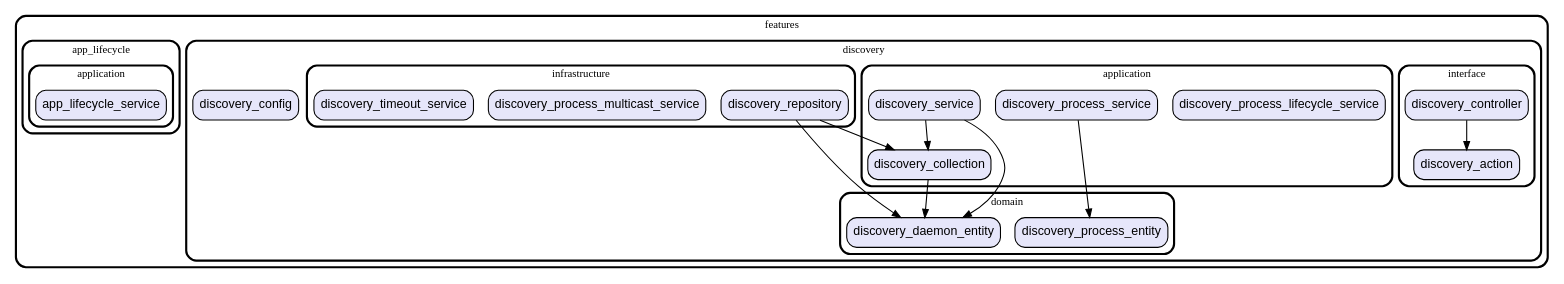
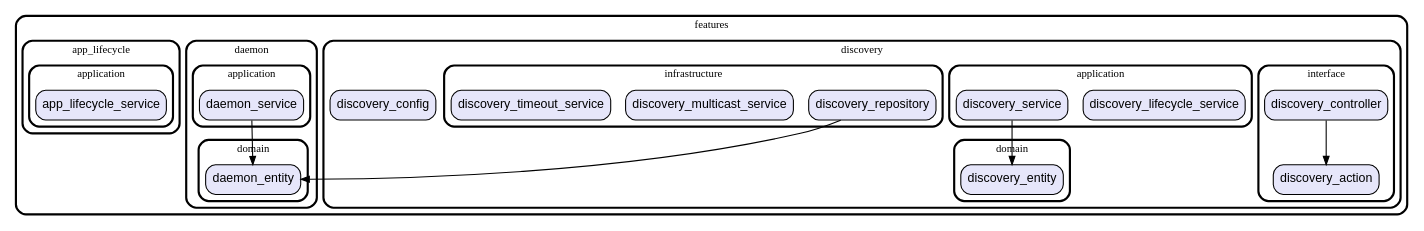
The diagram in graph/lib/features.dot (gev/reacthome-mobile), drawn with Graphviz before and after one commit. The commit also changed 13 other files, not shown here.

Commit message:
update the modules dependencies graph

```diff
--- a/graph/lib/features.dot
+++ b/graph/lib/features.dot
@@ -1,62 +1,66 @@
 digraph "" {
   graph [style=rounded fontname="Arial Black" fontsize=13 penwidth=2.6];
   node [shape=rect style="filled,rounded" fontname=Arial fontsize=15 fillcolor=Lavender penwidth=1.3];
   edge [penwidth=1.3];
   "/discovery/interface/discovery_controller.dart" [label="discovery_controller"];
   "/discovery/interface/discovery_action.dart" [label="discovery_action"];
   "/discovery/discovery_config.dart" [label="discovery_config"];
-  "/discovery/application/discovery_process_lifecycle_service.dart" [label="discovery_process_lifecycle_service"];
-  "/discovery/application/discovery_process_service.dart" [label="discovery_process_service"];
-  "/discovery/application/discovery_collection.dart" [label="discovery_collection"];
+  "/discovery/application/discovery_lifecycle_service.dart" [label="discovery_lifecycle_service"];
   "/discovery/application/discovery_service.dart" [label="discovery_service"];
   "/discovery/infrastructure/discovery_repository.dart" [label="discovery_repository"];
-  "/discovery/infrastructure/discovery_process_multicast_service.dart" [label="discovery_process_multicast_service"];
+  "/discovery/infrastructure/discovery_multicast_service.dart" [label="discovery_multicast_service"];
   "/discovery/infrastructure/discovery_timeout_service.dart" [label="discovery_timeout_service"];
-  "/discovery/domain/discovery_daemon_entity.dart" [label="discovery_daemon_entity"];
-  "/discovery/domain/discovery_process_entity.dart" [label="discovery_process_entity"];
+  "/discovery/domain/discovery_entity.dart" [label="discovery_entity"];
+  "/daemon/application/daemon_service.dart" [label="daemon_service"];
+  "/daemon/domain/daemon_entity.dart" [label="daemon_entity"];
   "/app_lifecycle/application/app_lifecycle_service.dart" [label="app_lifecycle_service"];
   subgraph "cluster~" {
     label="features";
     subgraph "cluster~/discovery" {
       label="discovery";
       "/discovery/discovery_config.dart";
       subgraph "cluster~/discovery/interface" {
         label="interface";
         "/discovery/interface/discovery_controller.dart";
         "/discovery/interface/discovery_action.dart";
       }
       subgraph "cluster~/discovery/application" {
         label="application";
-        "/discovery/application/discovery_process_lifecycle_service.dart";
-        "/discovery/application/discovery_process_service.dart";
-        "/discovery/application/discovery_collection.dart";
+        "/discovery/application/discovery_lifecycle_service.dart";
         "/discovery/application/discovery_service.dart";
       }
       subgraph "cluster~/discovery/infrastructure" {
         label="infrastructure";
         "/discovery/infrastructure/discovery_repository.dart";
-        "/discovery/infrastructure/discovery_process_multicast_service.dart";
+        "/discovery/infrastructure/discovery_multicast_service.dart";
         "/discovery/infrastructure/discovery_timeout_service.dart";
       }
       subgraph "cluster~/discovery/domain" {
         label="domain";
-        "/discovery/domain/discovery_daemon_entity.dart";
-        "/discovery/domain/discovery_process_entity.dart";
+        "/discovery/domain/discovery_entity.dart";
+      }
+    }
+    subgraph "cluster~/daemon" {
+      label="daemon";
+      subgraph "cluster~/daemon/application" {
+        label="application";
+        "/daemon/application/daemon_service.dart";
+      }
+      subgraph "cluster~/daemon/domain" {
+        label="domain";
+        "/daemon/domain/daemon_entity.dart";
       }
     }
     subgraph "cluster~/app_lifecycle" {
       label="app_lifecycle";
       subgraph "cluster~/app_lifecycle/application" {
         label="application";
         "/app_lifecycle/application/app_lifecycle_service.dart";
       }
     }
   }
   "/discovery/interface/discovery_controller.dart" -> "/discovery/interface/discovery_action.dart";
-  "/discovery/application/discovery_process_service.dart" -> "/discovery/domain/discovery_process_entity.dart";
-  "/discovery/application/discovery_collection.dart" -> "/discovery/domain/discovery_daemon_entity.dart";
-  "/discovery/application/discovery_service.dart" -> "/discovery/application/discovery_collection.dart";
-  "/discovery/application/discovery_service.dart" -> "/discovery/domain/discovery_daemon_entity.dart";
-  "/discovery/infrastructure/discovery_repository.dart" -> "/discovery/application/discovery_collection.dart";
-  "/discovery/infrastructure/discovery_repository.dart" -> "/discovery/domain/discovery_daemon_entity.dart";
+  "/discovery/application/discovery_service.dart" -> "/discovery/domain/discovery_entity.dart";
+  "/discovery/infrastructure/discovery_repository.dart" -> "/daemon/domain/daemon_entity.dart";
+  "/daemon/application/daemon_service.dart" -> "/daemon/domain/daemon_entity.dart";
 }
```
